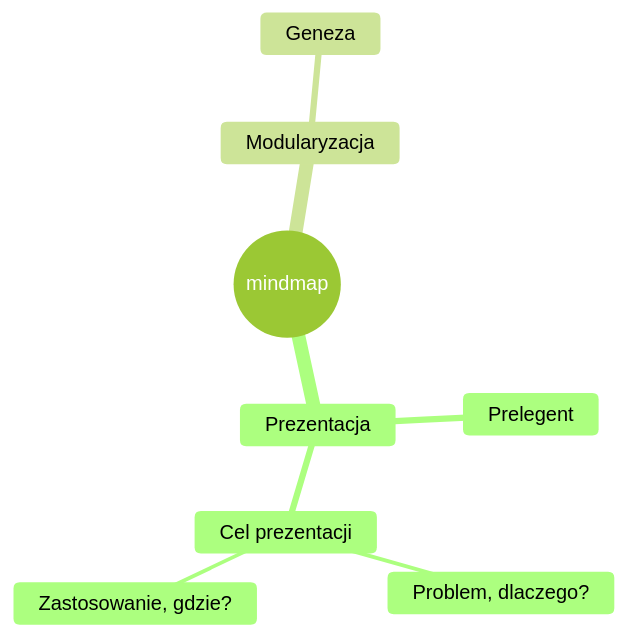
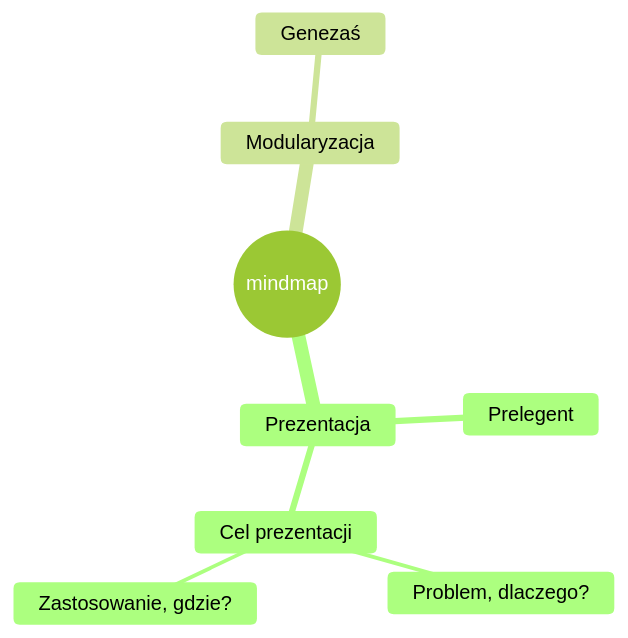
One commit to hipermodularyzacja/prezentacja changed the first of 2 diagrams in README.md. Above: the diagram before and after it, drawn with Mermaid (forest theme).

````diff
--- a/README.md
+++ b/README.md
@@ -18,13 +18,13 @@
 ```mermaid
 mindmap
   root((mindmap))
     Prezentacja
       Prelegent      
       Cel prezentacji
         Problem, dlaczego?
         Zastosowanie, gdzie?      
         
     Modularyzacja
-      Geneza
+      Genezaś
     
 ```
````
